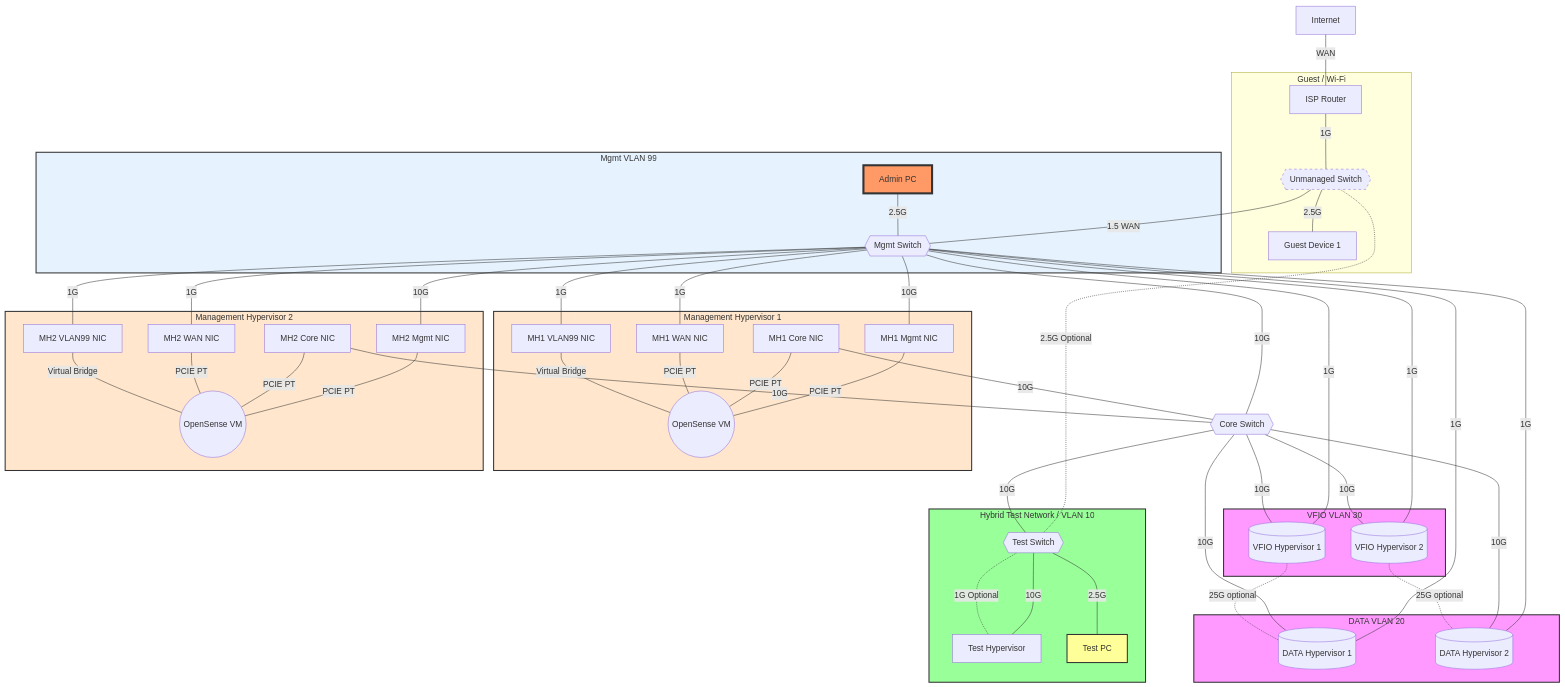
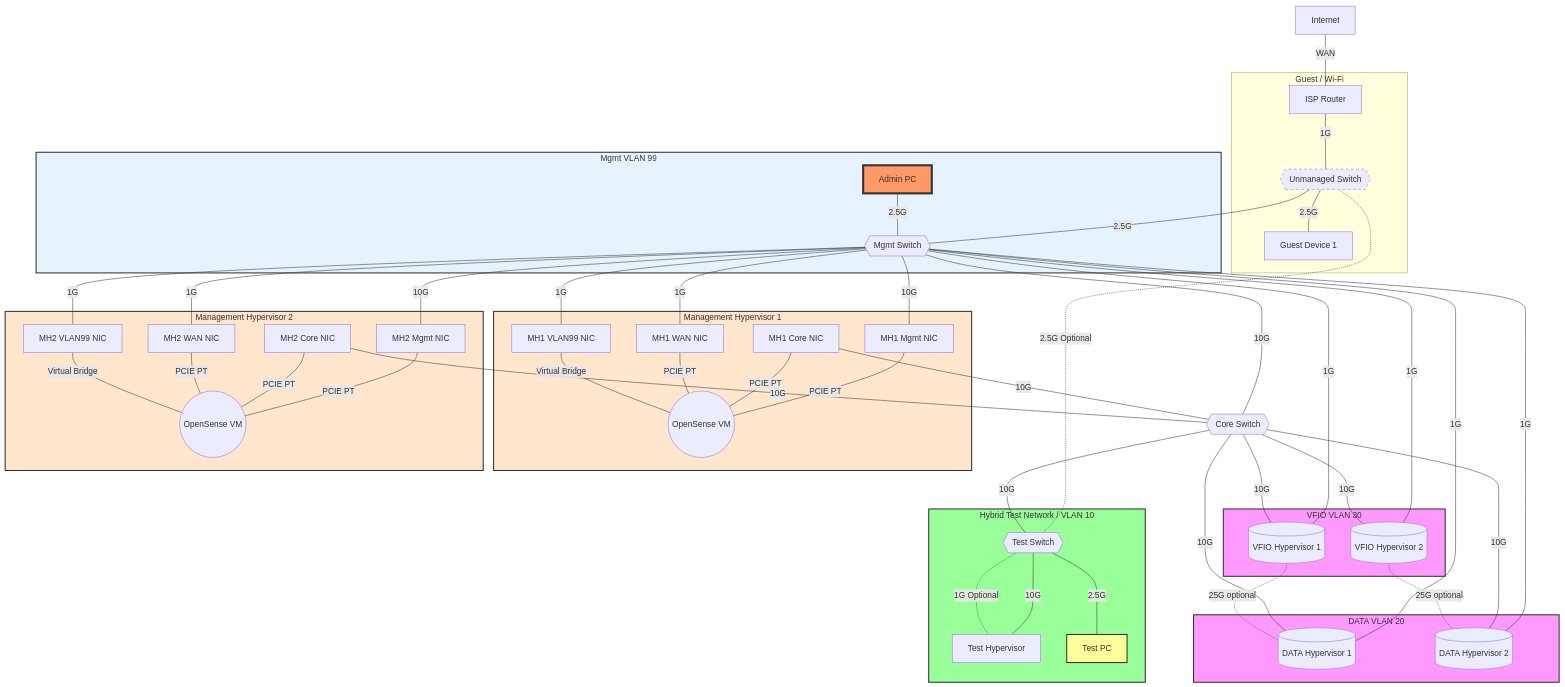
One commit to woeiru/lab changed the diagram in alp/netop5.md. Above: the diagram before and after it, drawn with Mermaid.

```diff
--- a/alp/netop5.md
+++ b/alp/netop5.md
@@ -5,7 +5,7 @@
     INT[Internet] --- |WAN| ISPR[ISP Router]
     ISPR --- |"1G"| US{{Unmanaged Switch}}
     US ---|"2.5G"| GD[Guest Device 1]
-    US ---|1.5 WAN| MS{{Mgmt Switch}}
+    US ---|"2.5G"| MS{{Mgmt Switch}}
     US -.-|"2.5G Optional"| TS{{Test Switch}}
 
     AP ---|"2.5G"| MS
```
